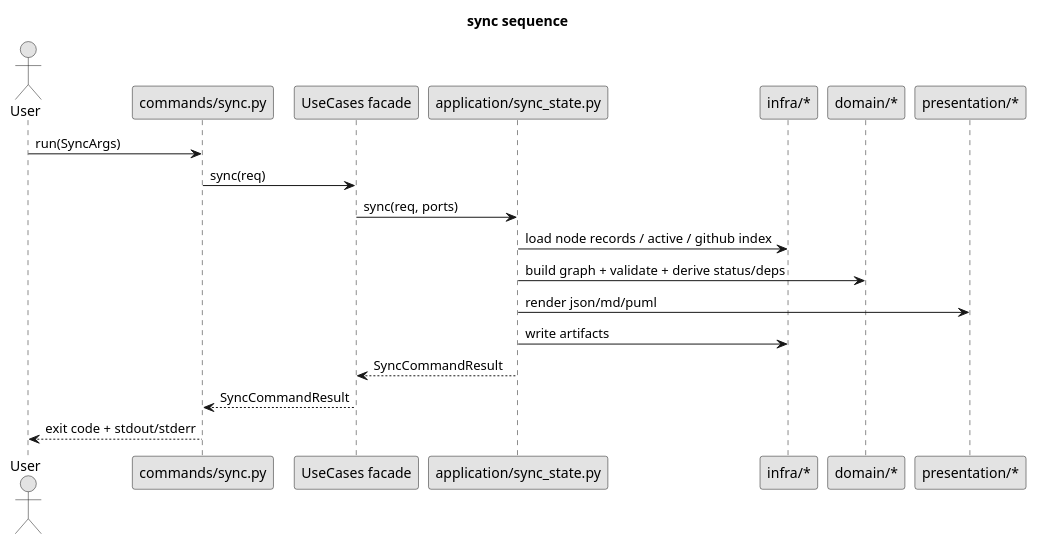
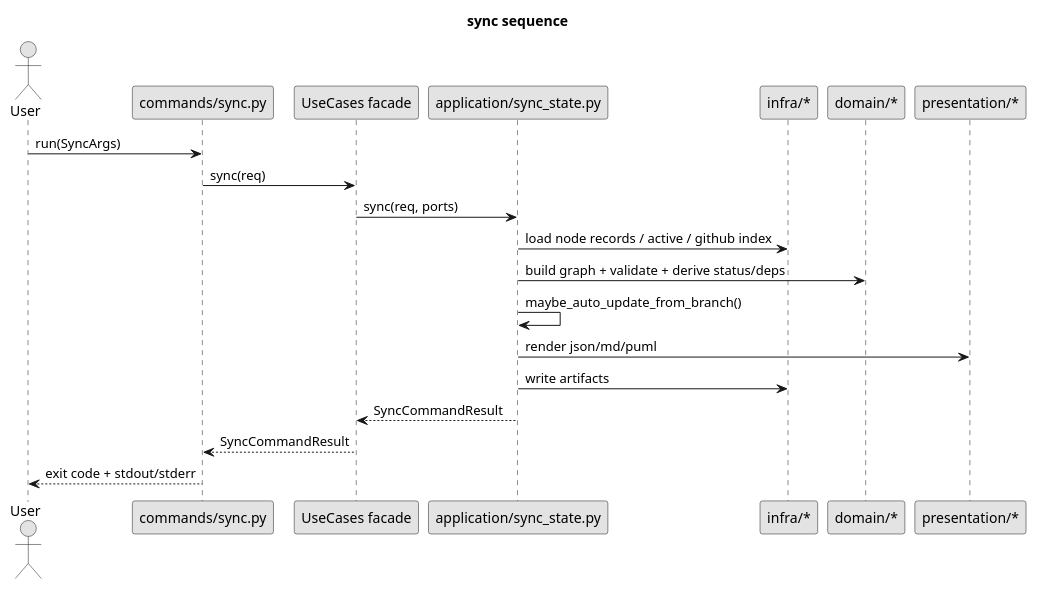
The third of 6 diagrams in spec-deps/current/design.md (chemitaro/spec-dock), drawn with PlantUML before and after one commit. The commit also changed other lines of this file, not shown here.

````diff
--- a/spec-deps/current/design.md
+++ b/spec-deps/current/design.md
@@ -973,25 +1149,26 @@
 ```plantuml
 @startuml
 skinparam monochrome true
 title sync sequence
 
 actor User
 participant "commands/sync.py" as Cmd
 participant "UseCases facade" as UC
 participant "application/sync_state.py" as App
 participant "infra/*" as Infra
 participant "domain/*" as Dom
 participant "presentation/*" as Pre
 
 User -> Cmd : run(SyncArgs)
 Cmd -> UC : sync(req)
 UC -> App : sync(req, ports)
 App -> Infra : load node records / active / github index
 App -> Dom : build graph + validate + derive status/deps
+App -> App : maybe_auto_update_from_branch()
 App -> Pre : render json/md/puml
 App -> Infra : write artifacts
 App --> UC : SyncCommandResult
 UC --> Cmd : SyncCommandResult
 Cmd --> User : exit code + stdout/stderr
 @enduml
 ```
````
